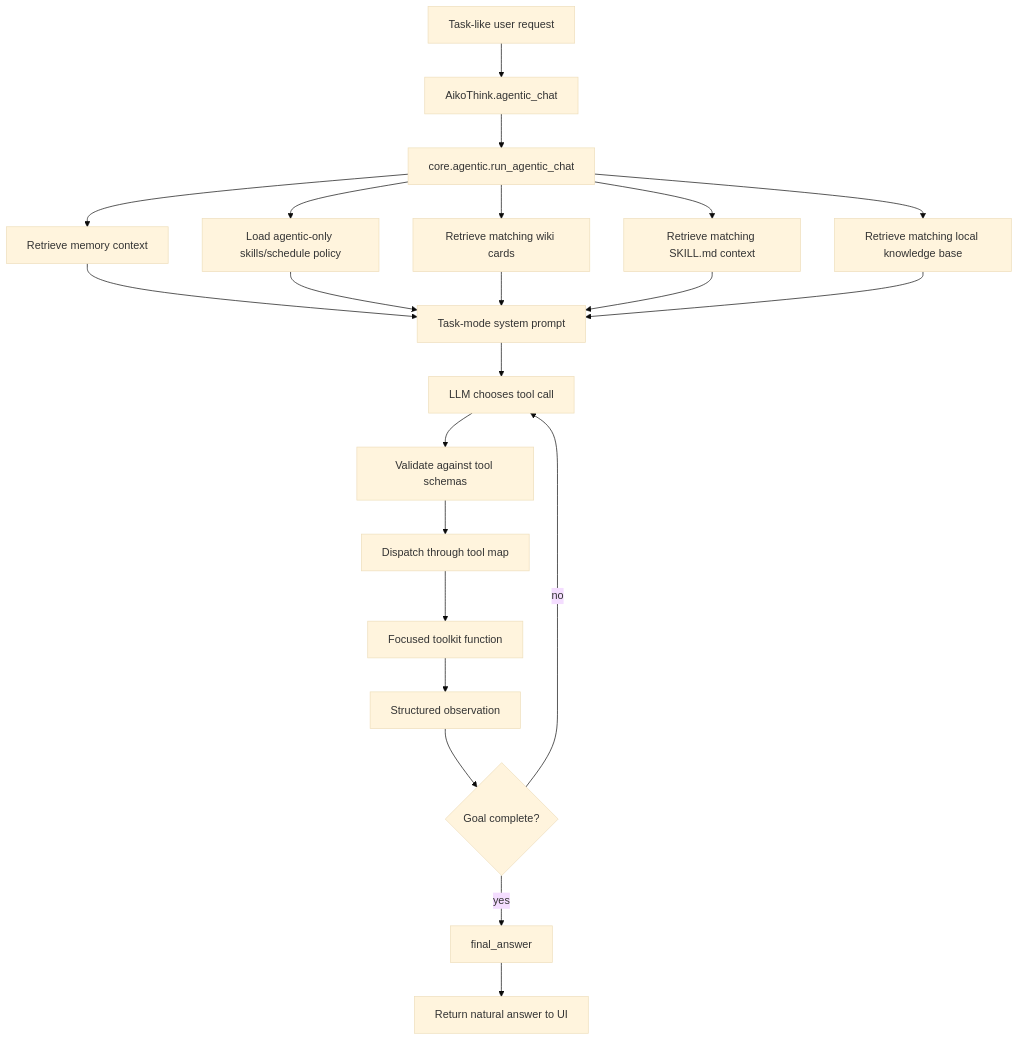
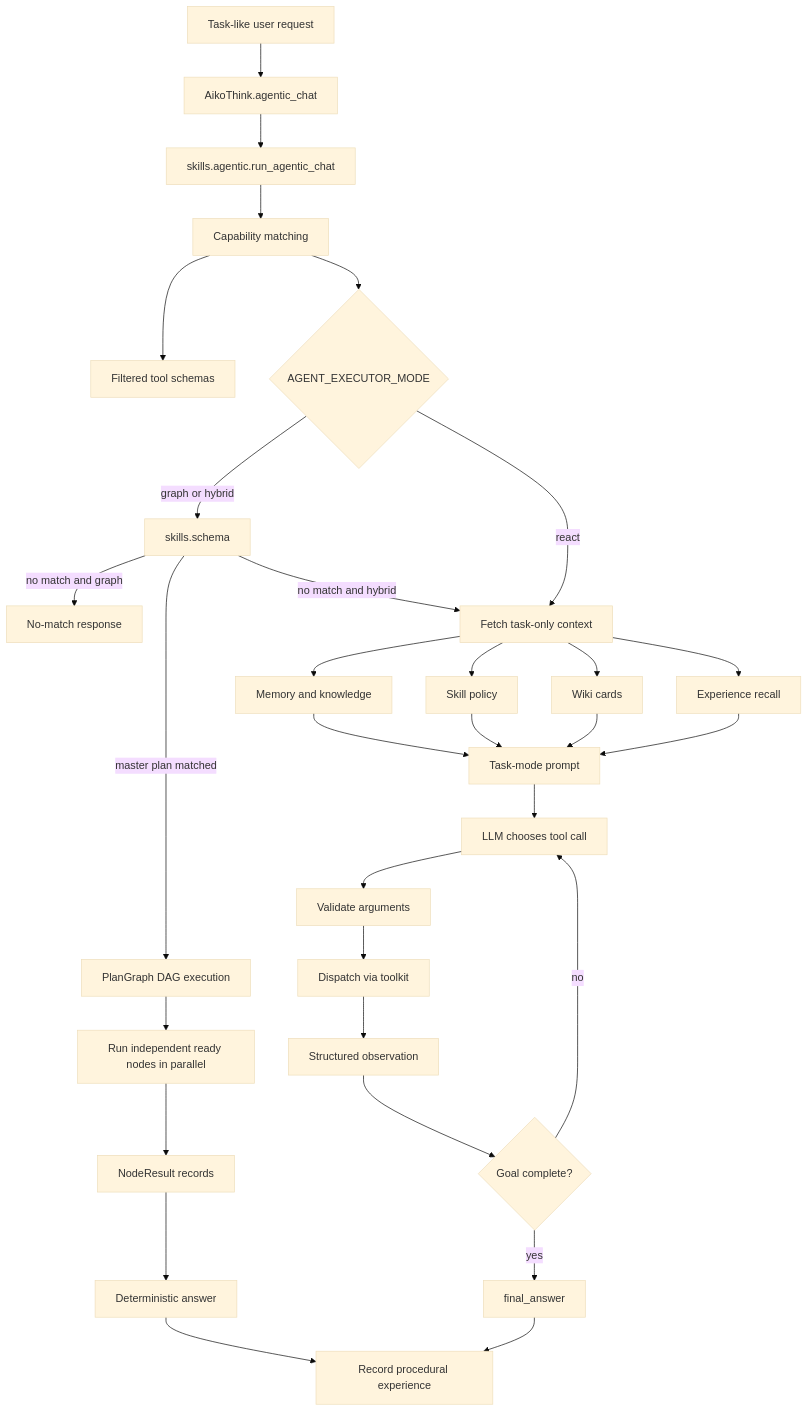
One commit to OppaAI/Aiko-chan changed the fifth of 5 diagrams in docs/ARCHITECTURE.md. Above: the diagram before and after it, drawn with Mermaid (base theme). The commit also changed other lines of this file and 13 other files, not shown here.

Commit message:
Update agentic architecture docs and schema module

````diff
--- a/docs/ARCHITECTURE.md
+++ b/docs/ARCHITECTURE.md
@@ -246,24 +204,33 @@
 ```mermaid
 flowchart TD
-    TaskInput[Task-like user request] --> Owner[AikoThink.agentic_chat]
-    Owner --> Agent[core.agentic.run_agentic_chat]
-    Agent --> Mem[Retrieve memory context]
-    Agent --> Policy[Load agentic-only skills/schedule policy]
-    Agent --> Wiki[Retrieve matching wiki cards]
-    Agent --> Skill[Retrieve matching SKILL.md context]
-    Agent --> Knowledge[Retrieve matching local knowledge base]
-    Mem --> Prompt[Task-mode system prompt]
+    TaskInput[Task-like user request] --> Think[AikoThink.agentic_chat]
+    Think --> Agent[skills.agentic.run_agentic_chat]
+    Agent --> Caps[Capability matching]
+    Caps --> Tools[Filtered tool schemas]
+    Caps --> Graph{AGENT_EXECUTOR_MODE}
+    Graph -->|graph or hybrid| Schema[skills.schema]
+    Schema -->|master plan matched| DAG[PlanGraph DAG execution]
+    DAG --> Ready[Run independent ready nodes in parallel]
+    Ready --> NodeResults[NodeResult records]
+    NodeResults --> GraphAnswer[Deterministic answer]
+    GraphAnswer --> Experience[Record procedural experience]
+    Schema -->|no match and graph| GraphMiss[No-match response]
+    Schema -->|no match and hybrid| Context[Fetch task-only context]
+    Graph -->|react| Context
+    Context --> Memory[Memory and knowledge]
+    Context --> Policy[Skill policy]
+    Context --> Wiki[Wiki cards]
+    Context --> Past[Experience recall]
+    Memory --> Prompt[Task-mode prompt]
     Policy --> Prompt
     Wiki --> Prompt
-    Skill --> Prompt
-    Knowledge --> Prompt
+    Past --> Prompt
     Prompt --> Model[LLM chooses tool call]
-    Model --> Schema[Validate against tool schemas]
-    Schema --> Dispatch[Dispatch through tool map]
-    Dispatch --> Toolkit[Focused toolkit function]
-    Toolkit --> Obs[Structured observation]
-    Obs --> Decide{Goal complete?}
-    Decide -->|no| Model
-    Decide -->|yes| Final[final_answer]
-    Final --> Stream[Return natural answer to UI]
+    Model --> Validate[Validate arguments]
+    Validate --> Dispatch[Dispatch via toolkit]
+    Dispatch --> Obs[Structured observation]
+    Obs --> Done{Goal complete?}
+    Done -->|no| Model
+    Done -->|yes| Final[final_answer]
+    Final --> Experience
 ```
````
